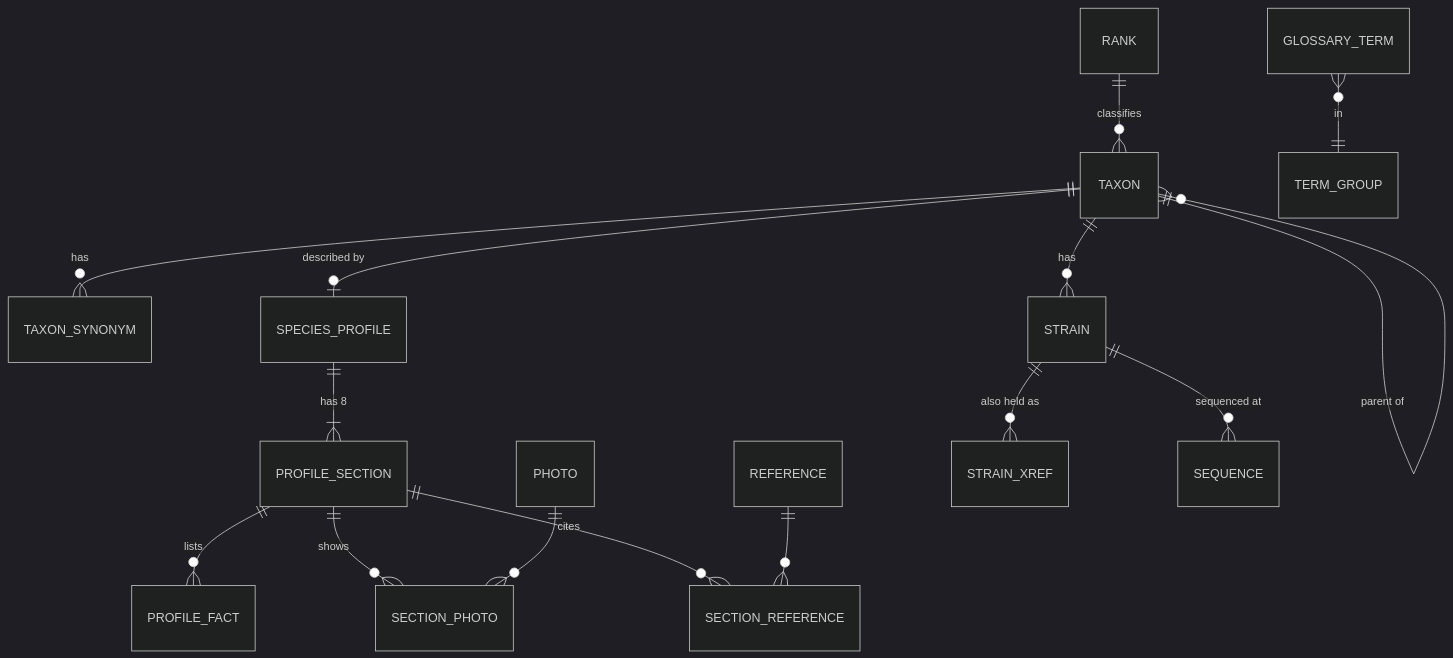
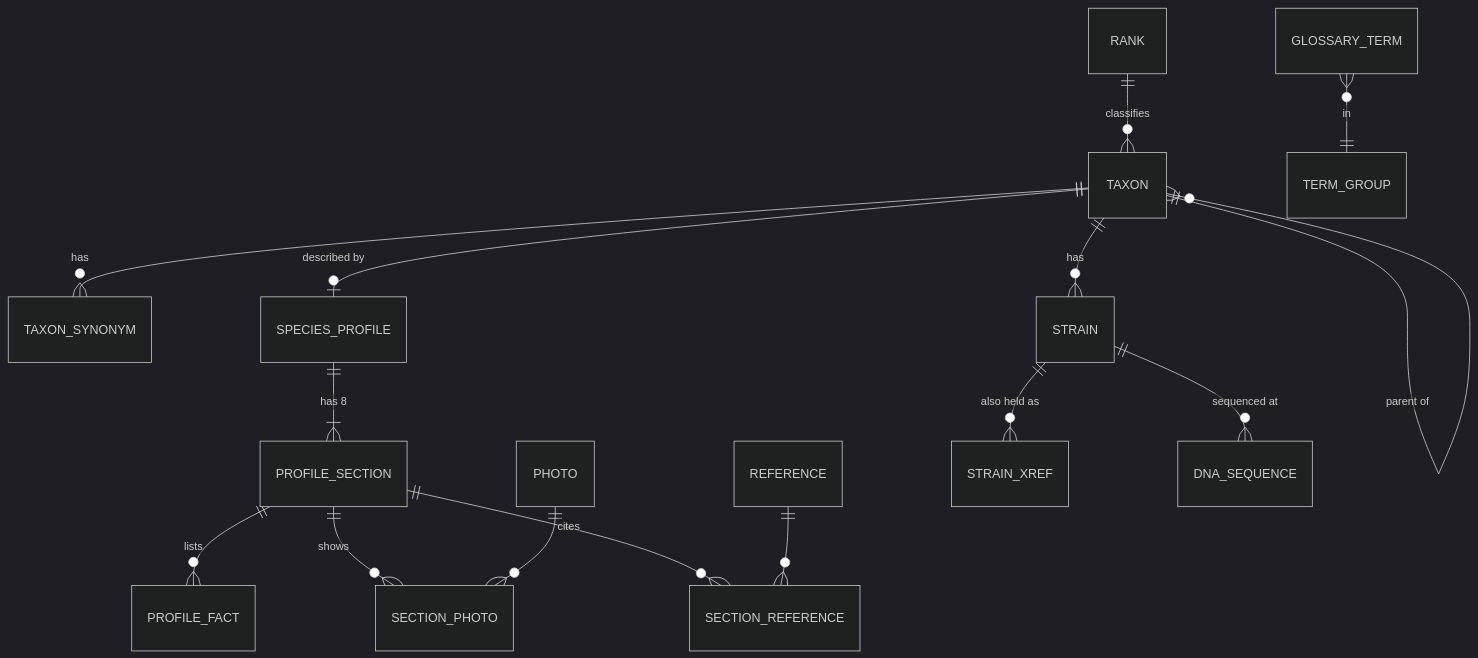
Before and after one commit to Suemy19710/MycologyStudy: the second of 2 diagrams in docs/ARCHITECTURE.md, drawn with Mermaid (dark theme). The commit also changed other lines of this file and 21 other files, not shown here.

````diff
--- a/docs/ARCHITECTURE.md
+++ b/docs/ARCHITECTURE.md
@@ -104,17 +104,17 @@
 ```mermaid
 erDiagram
   RANK ||--o{ TAXON : "classifies"
   TAXON ||--o{ TAXON : "parent of"
   TAXON ||--o{ TAXON_SYNONYM : "has"
   TAXON ||--o| SPECIES_PROFILE : "described by"
   TAXON ||--o{ STRAIN : "has"
   SPECIES_PROFILE ||--|{ PROFILE_SECTION : "has 8"
   PROFILE_SECTION ||--o{ PROFILE_FACT : "lists"
   PROFILE_SECTION ||--o{ SECTION_PHOTO : "shows"
   PROFILE_SECTION ||--o{ SECTION_REFERENCE : "cites"
   PHOTO ||--o{ SECTION_PHOTO : ""
   REFERENCE ||--o{ SECTION_REFERENCE : ""
   STRAIN ||--o{ STRAIN_XREF : "also held as"
-  STRAIN ||--o{ SEQUENCE : "sequenced at"
+  STRAIN ||--o{ DNA_SEQUENCE : "sequenced at"
   GLOSSARY_TERM }o--|| TERM_GROUP : "in"
 ```
````
